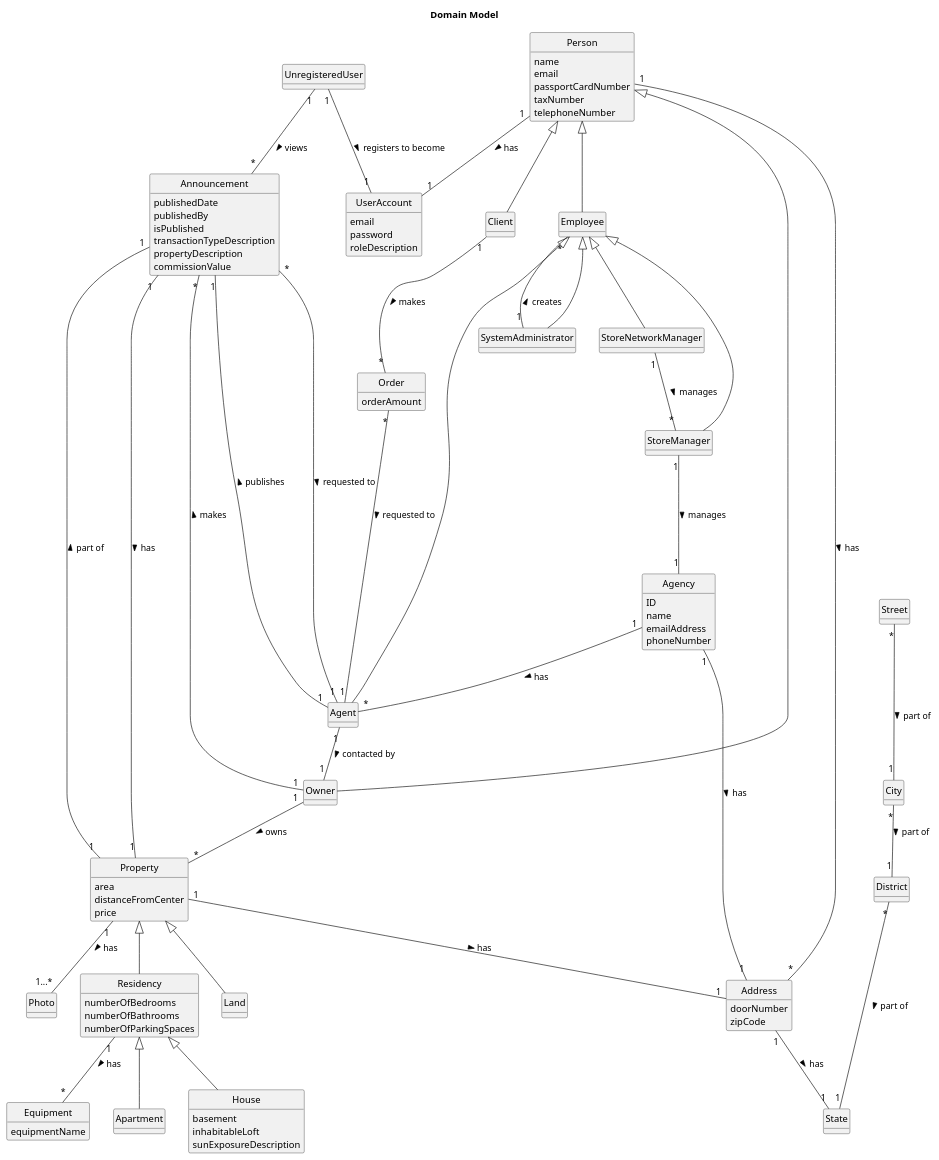
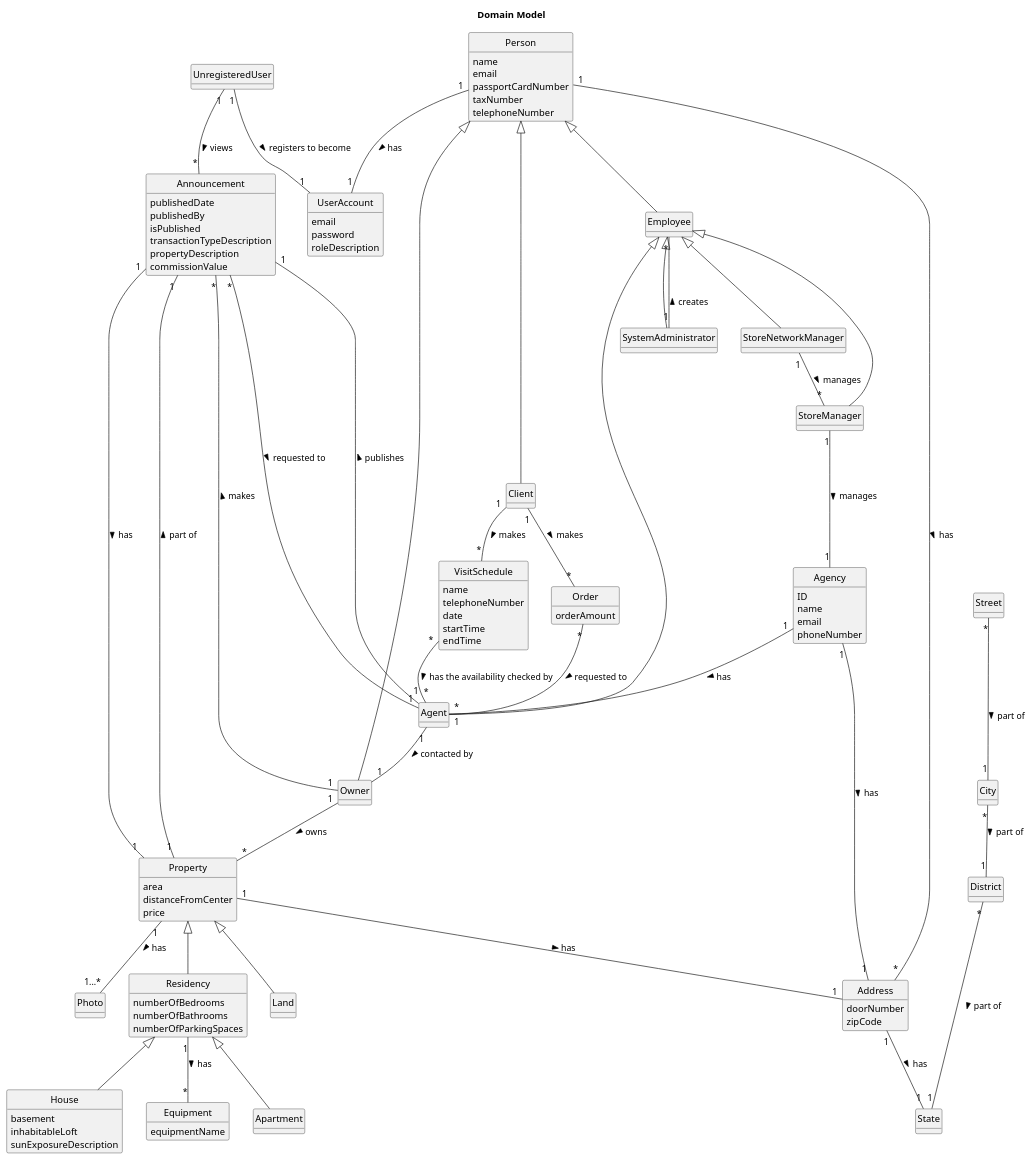
One commit to Goncalves2525/real-estate-management-system changed the diagram in docs/sprintC/global-artifacts/02.analysis/puml/project-domain-model.puml. Above: the diagram before and after it, drawn with PlantUML. The commit also changed 7 other files, not shown here.

Commit message:
VisitSchedule controller, repository and UI created [UC-009] [Implementation] ListAnnouncementsUI Menu to connect US9 and US10

```diff
--- a/docs/sprintC/global-artifacts/02.analysis/puml/project-domain-model.puml
+++ b/docs/sprintC/global-artifacts/02.analysis/puml/project-domain-model.puml
@@ -1,158 +1,168 @@
 @startuml
 skinparam monochrome true
 skinparam packageStyle rectangle
 skinparam shadowing false
 skinparam classAttributeIconSize 0
 'skinparam linetype ortho
 hide circle
 hide methods
 
 title Domain Model
 
 class Client extends Person{
 }
 
 class Owner extends Person {
 }
 
 class Employee extends Person{
 }
 
 class Agent extends Employee{
 }
 
 class Order{
     orderAmount
 }
 
 class UserAccount {
     email
     password
     roleDescription
 }
 
 class Person{
     name
     email
     passportCardNumber
     taxNumber
     telephoneNumber
 }
 
 class Agency{
     ID
     name
-    emailAddress
+    email
     phoneNumber
 }
 
 class Property{
     area
     distanceFromCenter
     price
 }
 
 class Photo {
 }
 
 class Address{
     doorNumber
     zipCode
 }
 
 
 class City{
 }
 
 class District{
 }
 
 class State{
 }
 
 class Street{
 }
 
 class Apartment extends Residency{
 }
 
 class House extends Residency{
     basement
     inhabitableLoft
     sunExposureDescription
 
 }
 
 class Residency extends Property{
     numberOfBedrooms
     numberOfBathrooms
     numberOfParkingSpaces
 
 }
 
 class Announcement{
     publishedDate
     publishedBy
     isPublished
     transactionTypeDescription
     propertyDescription
     commissionValue
 }
 
 
 
 
 class Land extends Property{
 }
 
 class Equipment{
     equipmentName
 }
 
 
 
 class SystemAdministrator extends Employee{
 }
 
 class StoreManager extends Employee{
 }
 
 class StoreNetworkManager extends Employee{
 }
 
 
 
 class UnregisteredUser{
 }
 
+class VisitSchedule{
+    name
+    telephoneNumber
+    date
+    startTime
+    endTime
+}
+
 'class Request{
 '}
 
 UnregisteredUser "1" -- "1" UserAccount : registers to become >
 Agent "1" -- "1" Announcement: publishes >
 StoreNetworkManager "1" -- "*" StoreManager: manages >
 Agency "1" -- "*" Agent: has >
 SystemAdministrator "1" -- "*" Employee: creates >
 
 Agent "1" -- "1" Owner : contacted by >
 Owner "1" -- "*" Property: owns >
 Owner "1" -- "*" Announcement: makes >
 Announcement "*" -- "1" Agent: requested to >
 Announcement "1" - "1" Property: has >
 Address "1" -- "1" State : has >
 City "*" -- "1" District : part of >
 District "*" --- "1" State : part of >
 Property "1" -- "1...*" Photo: has >
 Residency "1" -- "*" Equipment: has >
 Announcement "1" -- "1" Property: part of <
 Person "1" -- "*" Address: has >
 Property "1" -- "1" Address: has >
 StoreManager "1" --- "1" Agency: manages >
 Agency "1" -- "1" Address: has >
 UnregisteredUser "1" -- "*" Announcement: views >
 Client "1" -- "*" Order : makes >
 Order "*" -- "1" Agent : requested to >
 Street "*" --- "1" City : part of >
 Person "1" -- "1" UserAccount: has >
+Client "1" -- "*" VisitSchedule : makes >
+VisitSchedule "*" -- "*" Agent : has the availability checked by >
 
 @enduml
```
